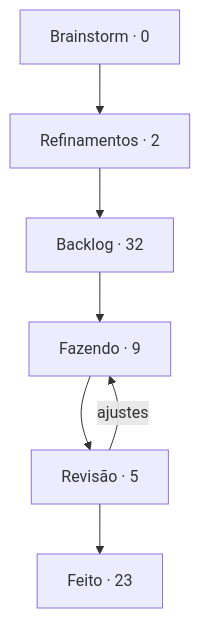
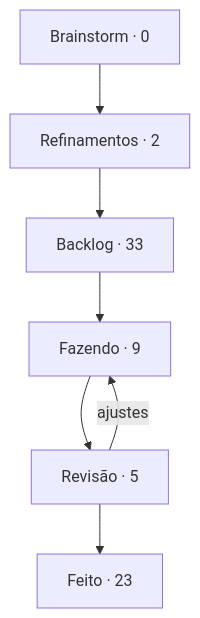
Before and after one commit to StudioVibi/VibiKanban: the diagram in boards/dungeon-bend/BOARD.md, drawn with Mermaid. The commit also changed other lines of this file and 3 other files, not shown here.

````diff
--- a/boards/dungeon-bend/BOARD.md
+++ b/boards/dungeon-bend/BOARD.md
@@ -5,12 +5,12 @@
 ```mermaid
 flowchart TD
   brainstorm["Brainstorm · 0"] --> refinamentos["Refinamentos · 2"]
-  refinamentos --> backlog["Backlog · 32"]
+  refinamentos --> backlog["Backlog · 33"]
   backlog --> doing["Fazendo · 9"]
   doing --> review["Revisão · 5"]
   review --> done["Feito · 23"]
   review -->|ajustes| doing
   doing:::blue
   review:::yellow
   done:::green
 ```
````
